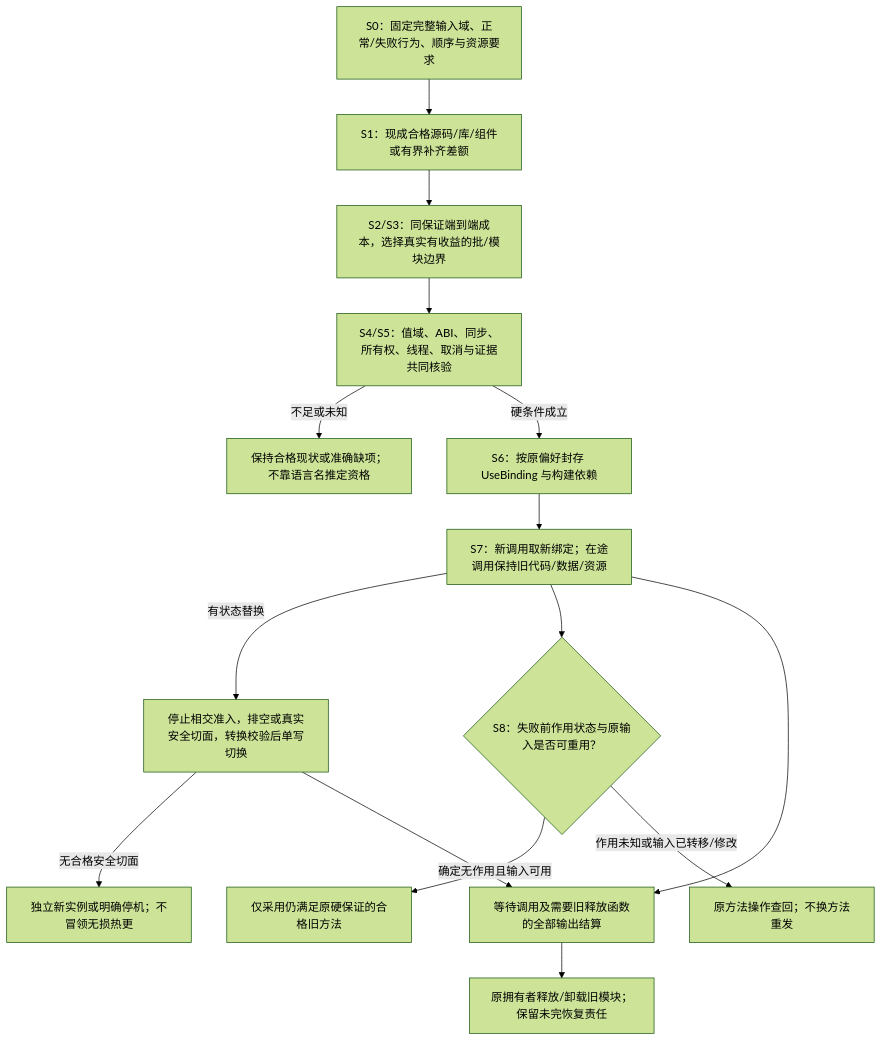
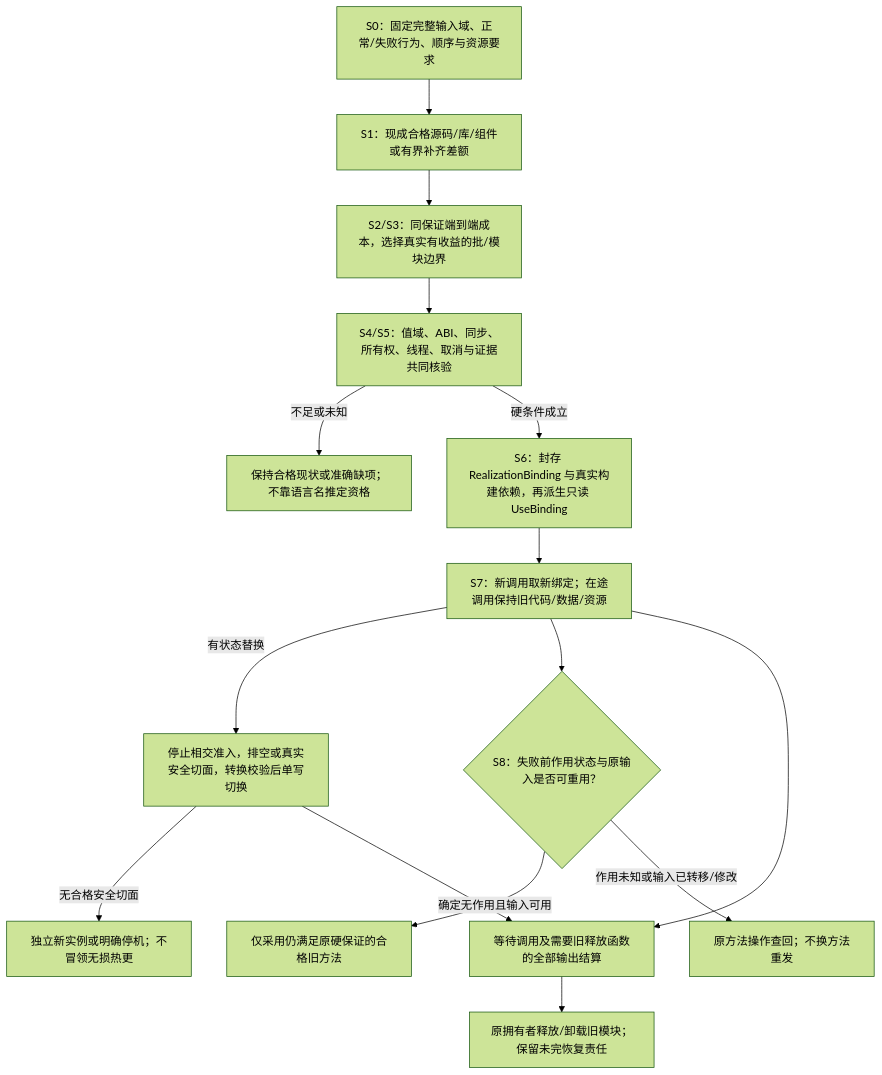
The diagram in docs/架构/实现供给与替换.md (sec-platform/sec), drawn with Mermaid (forest theme) before and after one commit. The commit also changed other lines of this file and 63 other files, not shown here.

````diff
--- a/docs/架构/实现供给与替换.md
+++ b/docs/架构/实现供给与替换.md
@@ -103,17 +103,17 @@
 ```mermaid
 flowchart TD
   contract["S0：固定完整输入域、正常/失败行为、顺序与资源要求"] --> candidate["S1：现成合格源码/库/组件或有界补齐差额"]
   candidate --> cost["S2/S3：同保证端到端成本，选择真实有收益的批/模块边界"]
   cost --> qualify["S4/S5：值域、ABI、同步、所有权、线程、取消与证据共同核验"]
   qualify -->|不足或未知| keep["保持合格现状或准确缺项；不靠语言名推定资格"]
-  qualify -->|硬条件成立| binding["S6：按原偏好封存 UseBinding 与构建依赖"]
+  qualify -->|硬条件成立| binding["S6：封存 RealizationBinding 与真实构建依赖，再派生只读 UseBinding"]
   binding --> next["S7：新调用取新绑定；在途调用保持旧代码/数据/资源"]
   next -->|有状态替换| cut["停止相交准入，排空或真实安全切面，转换校验后单写切换"]
   cut -->|无合格安全切面| separate["独立新实例或明确停机；不冒领无损热更"]
   next --> failure{"S8：失败前作用状态与原输入是否可重用？"}
   failure -->|确定无作用且输入可用| fallback["仅采用仍满足原硬保证的合格旧方法"]
   failure -->|作用未知或输入已转移/修改| recover["原方法操作查回；不换方法重发"]
   next --> outputs["等待调用及需要旧释放函数的全部输出结算"]
   cut --> outputs
   outputs --> retire["原拥有者释放/卸载旧模块；保留未完恢复责任"]
 ```
````
